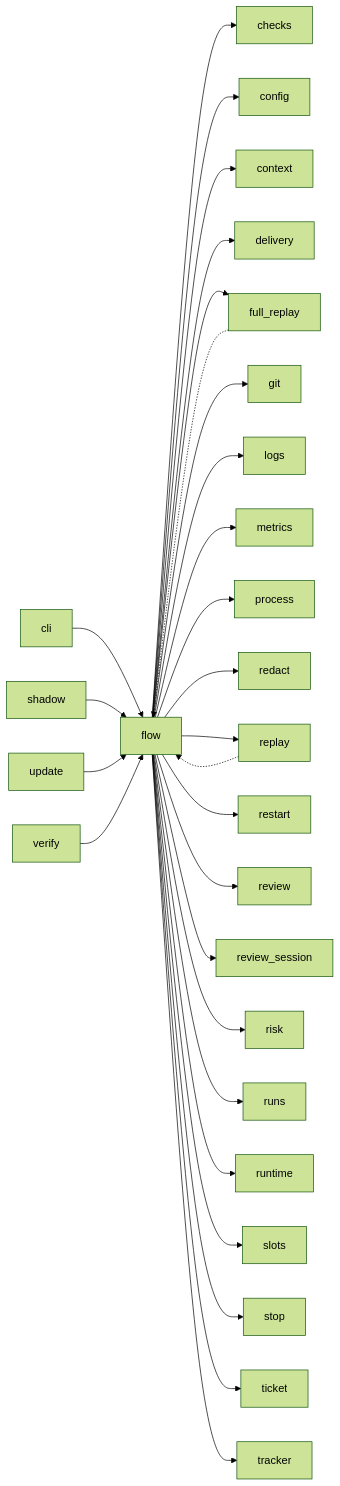
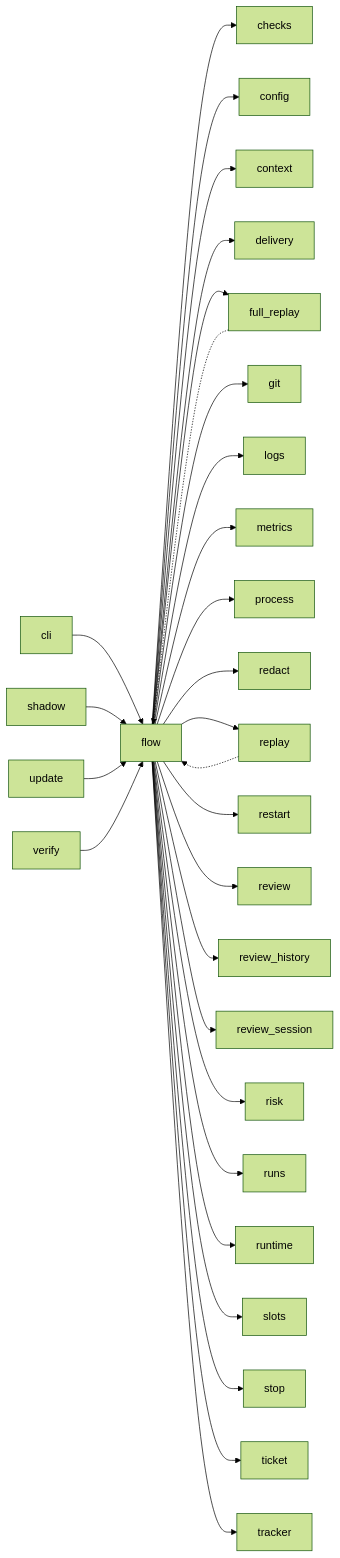
Before and after one commit to plaplanche/ariane: the third of 3 diagrams in docs/architecture/modules/flow.md, drawn with Mermaid (forest theme). The commit also changed other lines of this file and 30 other files, not shown here.

````diff
--- a/docs/architecture/modules/flow.md
+++ b/docs/architecture/modules/flow.md
@@ -122,30 +122,31 @@
 ```mermaid
 flowchart LR
   cli --> flow
   flow --> checks
   flow --> config
   flow --> context
   flow --> delivery
   flow --> full_replay
   flow --> git
   flow --> logs
   flow --> metrics
   flow --> process
   flow --> redact
   flow --> replay
   flow --> restart
   flow --> review
+  flow --> review_history
   flow --> review_session
   flow --> risk
   flow --> runs
   flow --> runtime
   flow --> slots
   flow --> stop
   flow --> ticket
   flow --> tracker
   full_replay -.-> flow
   replay -.-> flow
   shadow --> flow
   update --> flow
   verify --> flow
 ```
````
